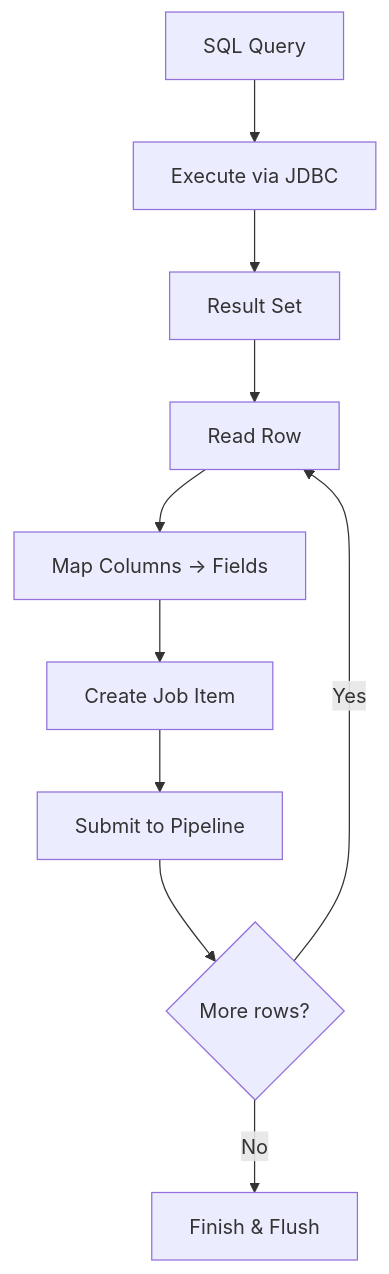
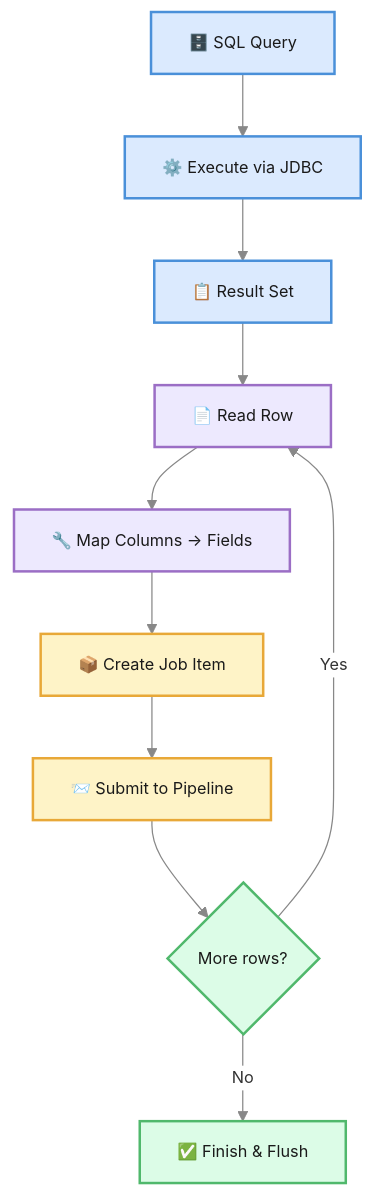
Before and after one commit to openviglet/docs: the diagram in docs-dumont/connectors/database.md, drawn with Mermaid. The commit also changed 49 other files, not shown here.

First line of the commit message:
Standardize Mermaid diagrams and conventions

````diff
--- a/docs-dumont/connectors/database.md
+++ b/docs-dumont/connectors/database.md
@@ -15,12 +15,23 @@
 ```mermaid
+%%{init: {'theme': 'base', 'themeVariables': {'fontSize': '13px', 'primaryColor': '#fff', 'primaryBorderColor': '#c0c0c0', 'lineColor': '#888', 'textColor': '#333'}}}%%
 graph TD
-    SQL["SQL Query"] --> JDBC["Execute via JDBC"]
-    JDBC --> RS["Result Set"]
-    RS --> ROW["Read Row"]
-    ROW --> MAP["Map Columns → Fields"]
-    MAP --> ITEM["Create Job Item"]
-    ITEM --> PIPE["Submit to Pipeline"]
-    PIPE --> MORE{More rows?}
+    SQL["🗄️ SQL Query"] --> JDBC["⚙️ Execute via JDBC"]
+    JDBC --> RS["📋 Result Set"]
+    RS --> ROW["📄 Read Row"]
+    ROW --> MAP["🔧 Map Columns → Fields"]
+    MAP --> ITEM["📦 Create Job Item"]
+    ITEM --> PIPE["📨 Submit to Pipeline"]
+    PIPE --> MORE{"More rows?"}
     MORE -->|Yes| ROW
-    MORE -->|No| DONE["Finish & Flush"]
+    MORE -->|No| DONE["✅ Finish & Flush"]
+
+    classDef blue fill:#dbeafe,stroke:#4A90D9,stroke-width:2px,color:#1a1a1a
+    classDef green fill:#dcfce7,stroke:#50B86C,stroke-width:2px,color:#1a1a1a
+    classDef purple fill:#ede9fe,stroke:#9B6EC5,stroke-width:2px,color:#1a1a1a
+    classDef amber fill:#fef3c7,stroke:#E8A838,stroke-width:2px,color:#1a1a1a
+
+    class SQL,JDBC,RS blue
+    class ROW,MAP purple
+    class ITEM,PIPE amber
+    class MORE,DONE green
 ```
````
